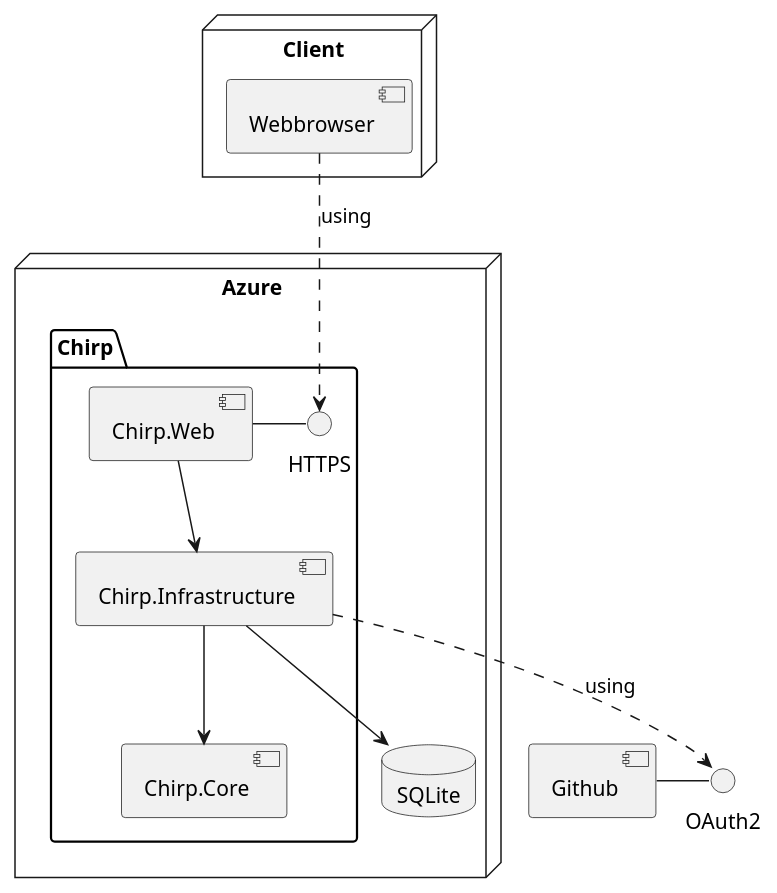
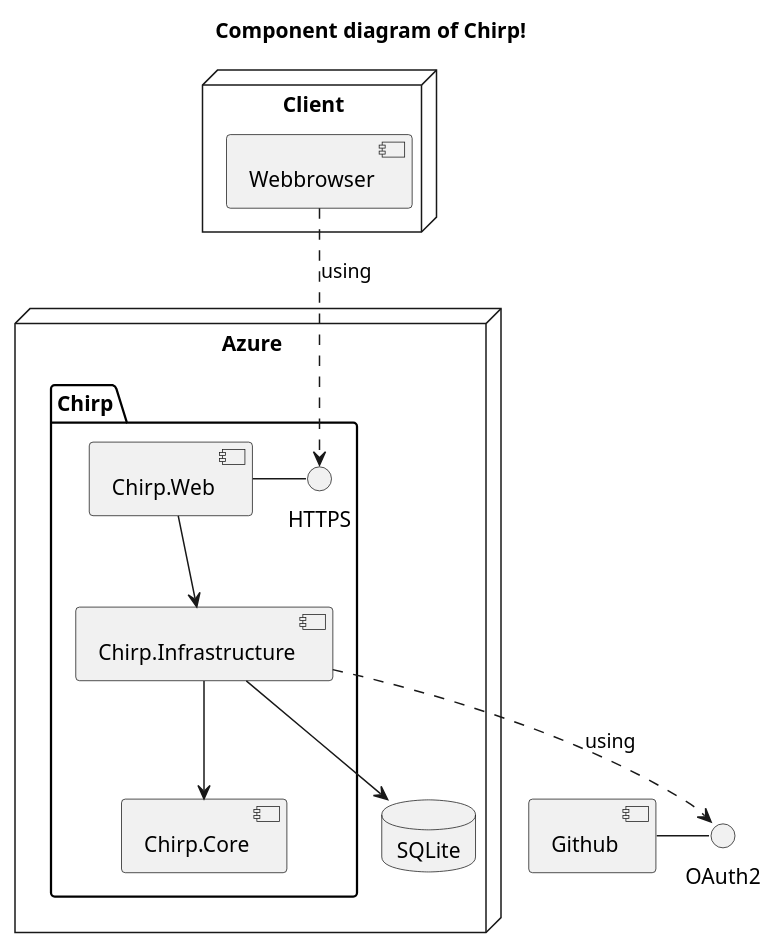
One commit to ITU-BDSA2024-GROUP14/Chirp changed the second of 14 diagrams in docs/report.md. Above: the diagram before and after it, drawn with PlantUML. The commit also changed other lines of this file, not shown here.

Commit message:
Add plantuml titles

````diff
--- a/docs/report.md
+++ b/docs/report.md
@@ -100,25 +102,27 @@
 ```plantuml
 @startuml
+
+title Component diagram of Chirp!
 
 node "Azure" {
   package "Chirp" {
     [Chirp.Infrastructure]
     [Chirp.Core]
     [Chirp.Web] - HTTPS
   }
   database "SQLite"
 }
 
 [Github] - OAuth2
 [Chirp.Infrastructure] ..> OAuth2 : using
 
 [Chirp.Infrastructure] --> [Chirp.Core]
 [Chirp.Infrastructure] --> "SQLite"
 [Chirp.Web] --> [Chirp.Infrastructure]
 
 node "Client" {
   [Webbrowser] ..> HTTPS : using
 }
 
 @enduml
 ```
````
